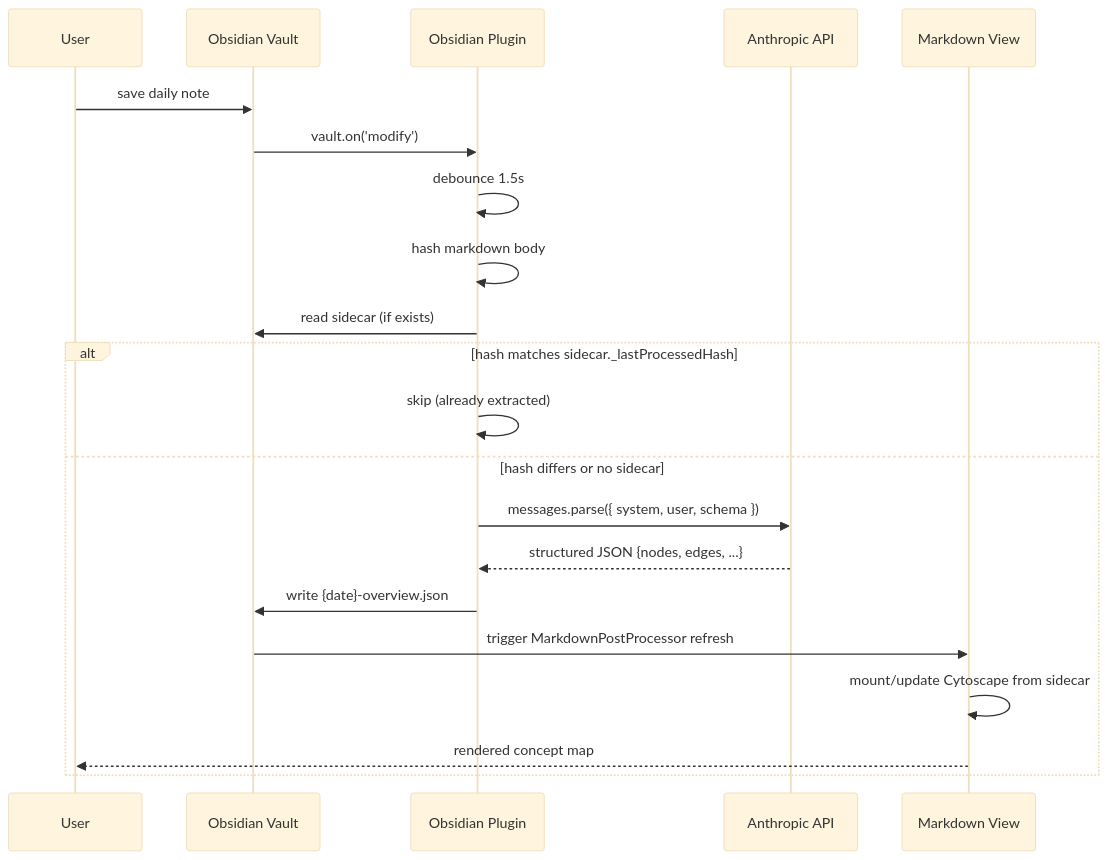
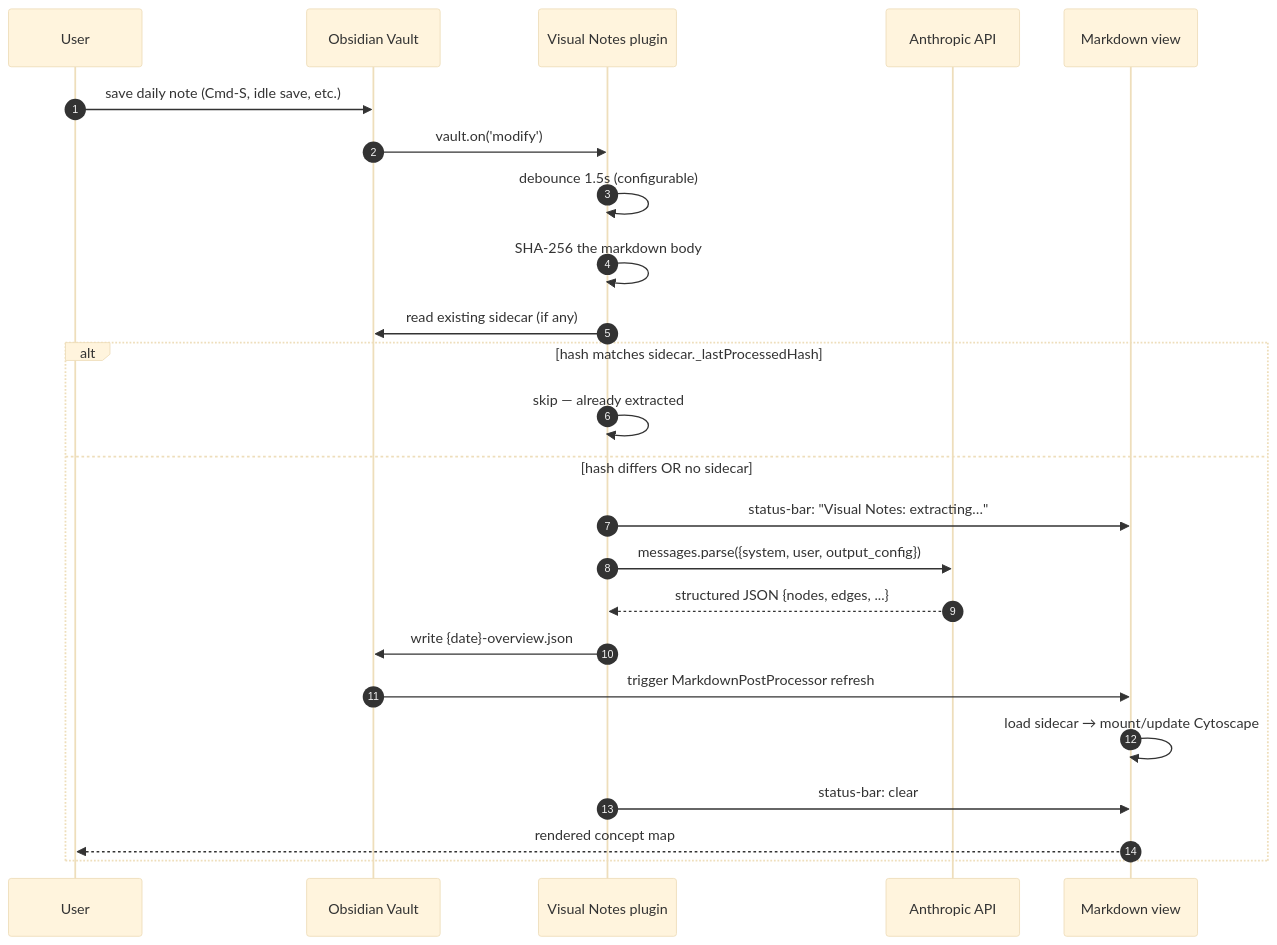
Before and after one commit to bobthearsonist/visual-notes: the second of 2 diagrams in README.md, drawn with Mermaid (base theme). The commit also changed other lines of this file and 5 other files, not shown here.

````diff
--- a/README.md
+++ b/README.md
@@ -74,24 +148,27 @@
 ```mermaid
 sequenceDiagram
+    autonumber
     participant User
     participant Vault as Obsidian Vault
-    participant Plugin as Obsidian Plugin
+    participant Plugin as Visual Notes plugin
     participant API as Anthropic API
-    participant View as Markdown View
+    participant View as Markdown view
 
-    User->>Vault: save daily note
+    User->>Vault: save daily note (Cmd-S, idle save, etc.)
     Vault->>Plugin: vault.on('modify')
-    Plugin->>Plugin: debounce 1.5s
-    Plugin->>Plugin: hash markdown body
-    Plugin->>Vault: read sidecar (if exists)
+    Plugin->>Plugin: debounce 1.5s (configurable)
+    Plugin->>Plugin: SHA-256 the markdown body
+    Plugin->>Vault: read existing sidecar (if any)
     alt hash matches sidecar._lastProcessedHash
-        Plugin->>Plugin: skip (already extracted)
-    else hash differs or no sidecar
-        Plugin->>API: messages.parse({ system, user, schema })
+        Plugin->>Plugin: skip — already extracted
+    else hash differs OR no sidecar
+        Plugin->>View: status-bar: "Visual Notes: extracting…"
+        Plugin->>API: messages.parse({system, user, output_config})
         API-->>Plugin: structured JSON {nodes, edges, ...}
         Plugin->>Vault: write {date}-overview.json
         Vault->>View: trigger MarkdownPostProcessor refresh
-        View->>View: mount/update Cytoscape from sidecar
+        View->>View: load sidecar → mount/update Cytoscape
+        Plugin->>View: status-bar: clear
         View-->>User: rendered concept map
     end
 ```
````
